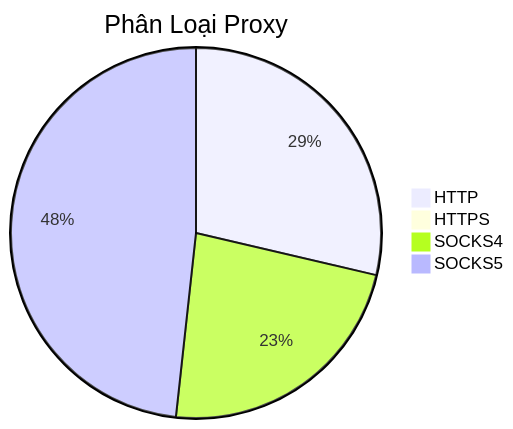
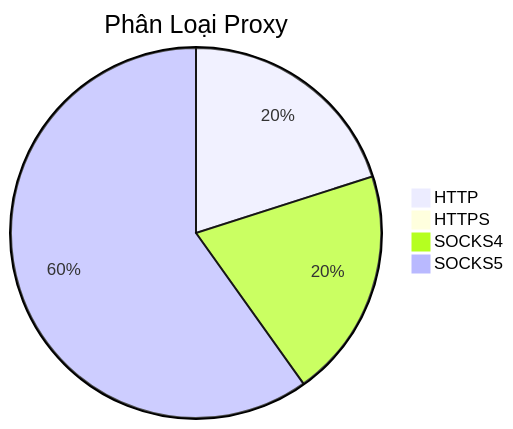
The diagram in README.md (Ciara-12/PROXY-free), drawn with Mermaid before and after one commit. The commit also changed other lines of this file and 4 other files, not shown here.

````diff
--- a/README.md
+++ b/README.md
@@ -26,7 +26,7 @@
 ```mermaid
 pie title Phân Loại Proxy
-    "HTTP" : 339
-    "HTTPS" : 0
-    "SOCKS4" : 273
-    "SOCKS5" : 571
+    "HTTP" : 281
+    "HTTPS" : 2
+    "SOCKS4" : 281
+    "SOCKS5" : 838
 ```
````
